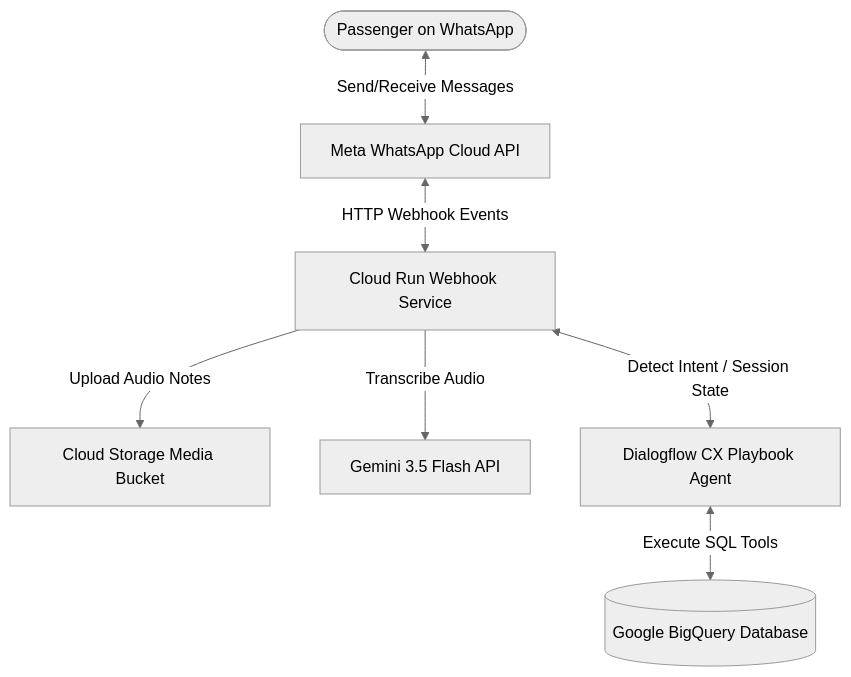
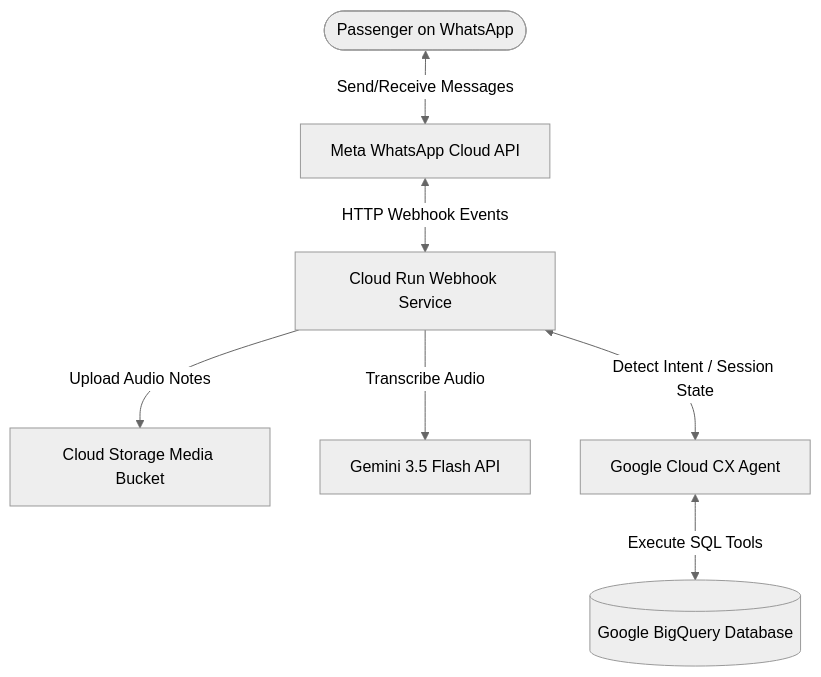
Before and after one commit to IzzyFresh/whatsapp-cx-agent-shareable: the diagram in README.md, drawn with Mermaid (neutral theme). The commit also changed other lines of this file and 1 other file, not shown here.

Commit message:
chore: explain CX Agent playbooks and add WhatsApp connection hook in README.md

````diff
--- a/README.md
+++ b/README.md
@@ -13,9 +25,9 @@
 ```mermaid
 graph TD
     User([Passenger on WhatsApp]) <-->|Send/Receive Messages| WhatsApp[Meta WhatsApp Cloud API]
     WhatsApp <-->|HTTP Webhook Events| Webhook[Cloud Run Webhook Service]
     Webhook -->|Upload Audio Notes| GCS[Cloud Storage Media Bucket]
     Webhook -->|Transcribe Audio| Gemini[Gemini 3.5 Flash API]
-    Webhook <-->|Detect Intent / Session State| Dialogflow[Dialogflow CX Playbook Agent]
+    Webhook <-->|Detect Intent / Session State| Dialogflow[Google Cloud CX Agent]
     Dialogflow <-->|Execute SQL Tools| BigQuery[(Google BigQuery Database)]
 ```
````
